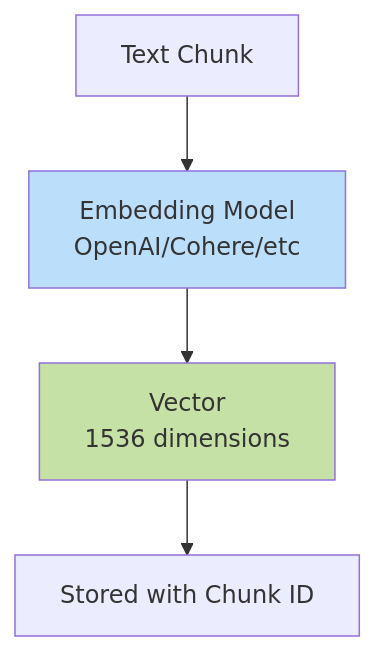
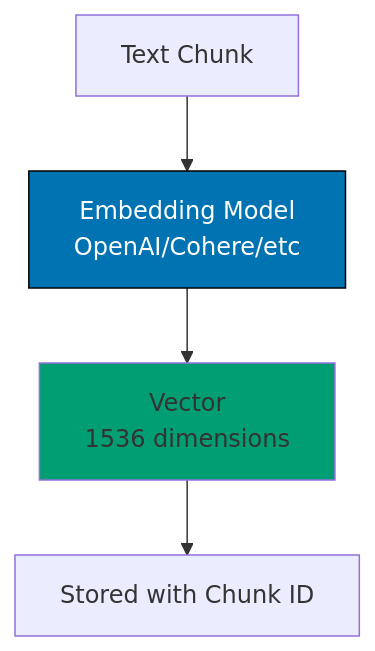
Before and after one commit to wahidyankf/open-sharia-enterprise: the third of 8 diagrams in docs/tutorials/ai-engineering/tu-aien__chat-with-pdf.md, drawn with Mermaid. The commit also changed other lines of this file and 22 other files, not shown here.

First line of the commit message:
docs(diagrams): ensure all mermaid diagrams use color-blind friendly palette

````diff
--- a/docs/tutorials/ai-engineering/tu-aien__chat-with-pdf.md
+++ b/docs/tutorials/ai-engineering/tu-aien__chat-with-pdf.md
@@ -254,9 +263,9 @@
 ```mermaid
 graph TD
 	A[Text Chunk] --> B[Embedding Model<br/>OpenAI/Cohere/etc]
 	B --> C[Vector<br/>1536 dimensions]
 	C --> D[Stored with Chunk ID]
 
-	style B fill:#bbdefb
-	style C fill:#c5e1a5
+	style B fill:#0173B2,stroke:#000000,color:#FFFFFF
+	style C fill:#029E73
 ```
````
